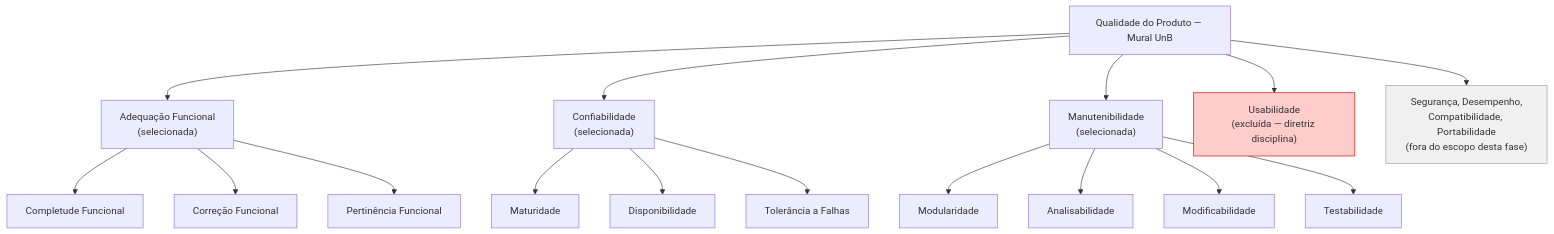
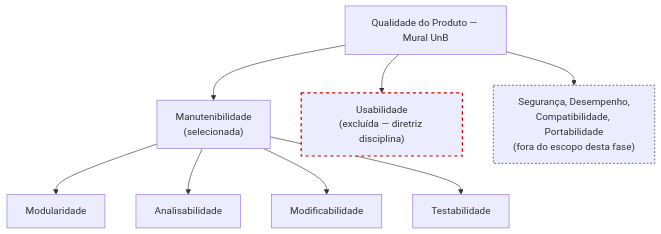
The second of 2 diagrams in src/fase1.md (FCTE-Qualidade-de-Software-1/2026-1_T02_IRMA_MARY_KELLER), drawn with Mermaid before and after one commit. The commit also changed 4 other files, not shown here.

````diff
--- a/src/fase1.md
+++ b/src/fase1.md
@@ -90,24 +110,14 @@
 ```mermaid
 graph TD
-    A["Qualidade do Produto — Mural UnB"] --> B["Adequação Funcional<br/>(selecionada)"]
-    A --> C["Confiabilidade<br/>(selecionada)"]
-    A --> D["Manutenibilidade<br/>(selecionada)"]
+    A["Qualidade do Produto — Mural UnB"] --> D["Manutenibilidade<br/>(selecionada)"]
     A --> X["Usabilidade<br/>(excluída — diretriz disciplina)"]
     A --> Y["Segurança, Desempenho,<br/>Compatibilidade, Portabilidade<br/>(fora do escopo desta fase)"]
-
-    B --> B1["Completude Funcional"]
-    B --> B2["Correção Funcional"]
-    B --> B3["Pertinência Funcional"]
-
-    C --> C1["Maturidade"]
-    C --> C2["Disponibilidade"]
-    C --> C3["Tolerância a Falhas"]
 
     D --> D1["Modularidade"]
     D --> D2["Analisabilidade"]
     D --> D3["Modificabilidade"]
     D --> D4["Testabilidade"]
 
-    style X fill:#ffcccc,stroke:#cc0000
-    style Y fill:#f0f0f0,stroke:#999999
+    style X stroke:#cc0000,stroke-width:2px,stroke-dasharray:5 5
+    style Y stroke:#888888,stroke-width:2px,stroke-dasharray:3 3
 ```
````
